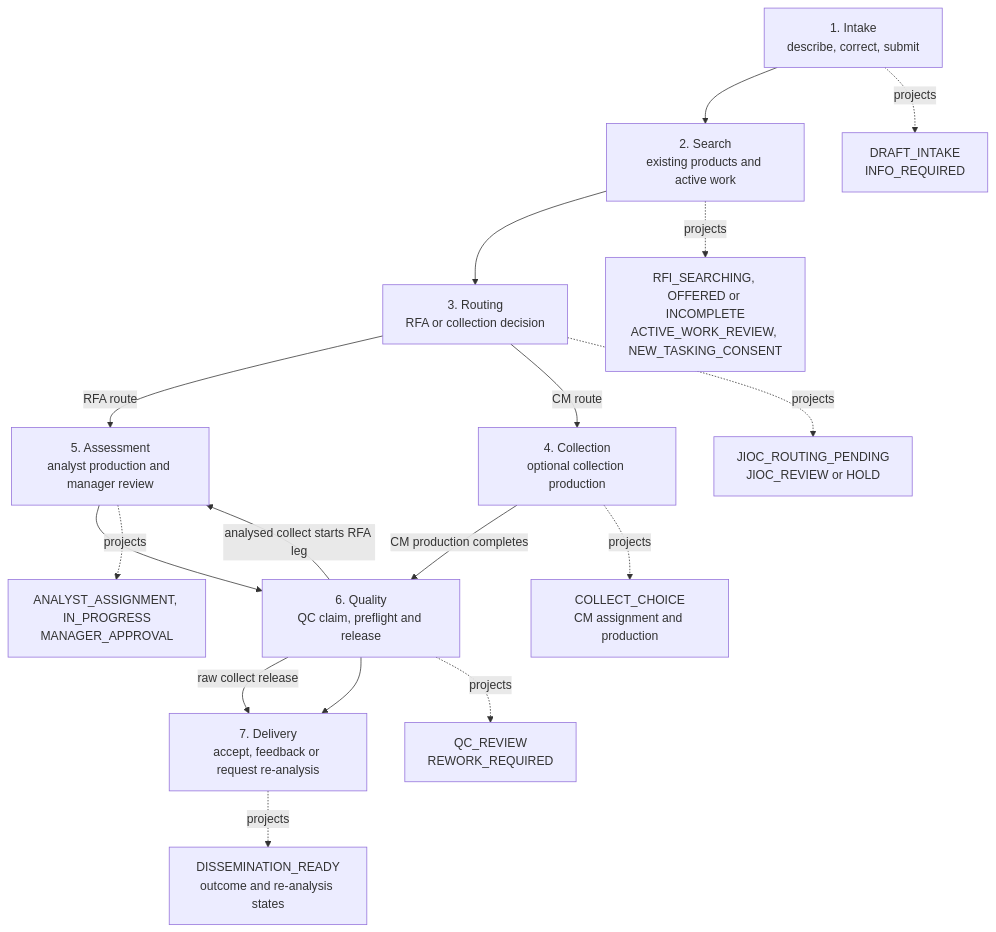
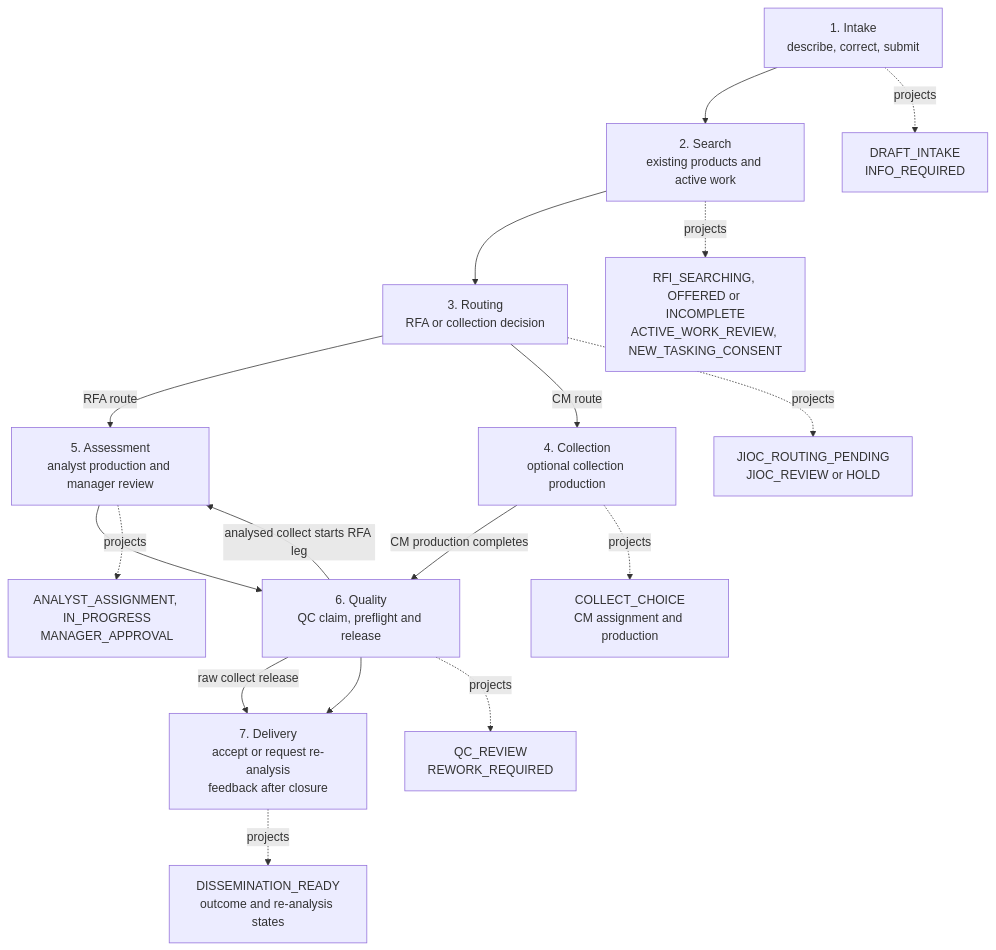
One commit to ShabalalaWATP/Coeus changed the second of 5 diagrams in docs/architecture/USER_AND_WORKFLOW.md. Above: the diagram before and after it, drawn with Mermaid. The commit also changed 203 other files, not shown here.

````diff
--- a/docs/architecture/USER_AND_WORKFLOW.md
+++ b/docs/architecture/USER_AND_WORKFLOW.md
@@ -105,37 +105,37 @@
 ```mermaid
 flowchart TB
     accTitle: Customer-visible request journey mapped to internal workflow phases
     accDescr: Seven customer-facing stages each expand into one or more internal ticket states and staff activities.
 
     I["1. Intake<br/>describe, correct, submit"]
     S["2. Search<br/>existing products and active work"]
     R["3. Routing<br/>RFA or collection decision"]
     C["4. Collection<br/>optional collection production"]
     A["5. Assessment<br/>analyst production and manager review"]
     Q["6. Quality<br/>QC claim, preflight and release"]
-    D["7. Delivery<br/>accept, feedback or request re-analysis"]
+    D["7. Delivery<br/>accept or request re-analysis<br/>feedback after closure"]
 
     I --> S --> R
     R -->|"RFA route"| A
     R -->|"CM route"| C
     C -->|"CM production completes"| Q
     Q -->|"raw collect release"| D
     Q -->|"analysed collect starts RFA leg"| A
     A --> Q --> D
 
     I1["DRAFT_INTAKE<br/>INFO_REQUIRED"]
     S1["RFI_SEARCHING, OFFERED or INCOMPLETE<br/>ACTIVE_WORK_REVIEW, NEW_TASKING_CONSENT"]
     R1["JIOC_ROUTING_PENDING<br/>JIOC_REVIEW or HOLD"]
     C1["COLLECT_CHOICE<br/>CM assignment and production"]
     A1["ANALYST_ASSIGNMENT, IN_PROGRESS<br/>MANAGER_APPROVAL"]
     Q1["QC_REVIEW<br/>REWORK_REQUIRED"]
     D1["DISSEMINATION_READY<br/>outcome and re-analysis states"]
 
     I -. projects .-> I1
     S -. projects .-> S1
     R -. projects .-> R1
     C -. projects .-> C1
     A -. projects .-> A1
     Q -. projects .-> Q1
     D -. projects .-> D1
 ```
````
